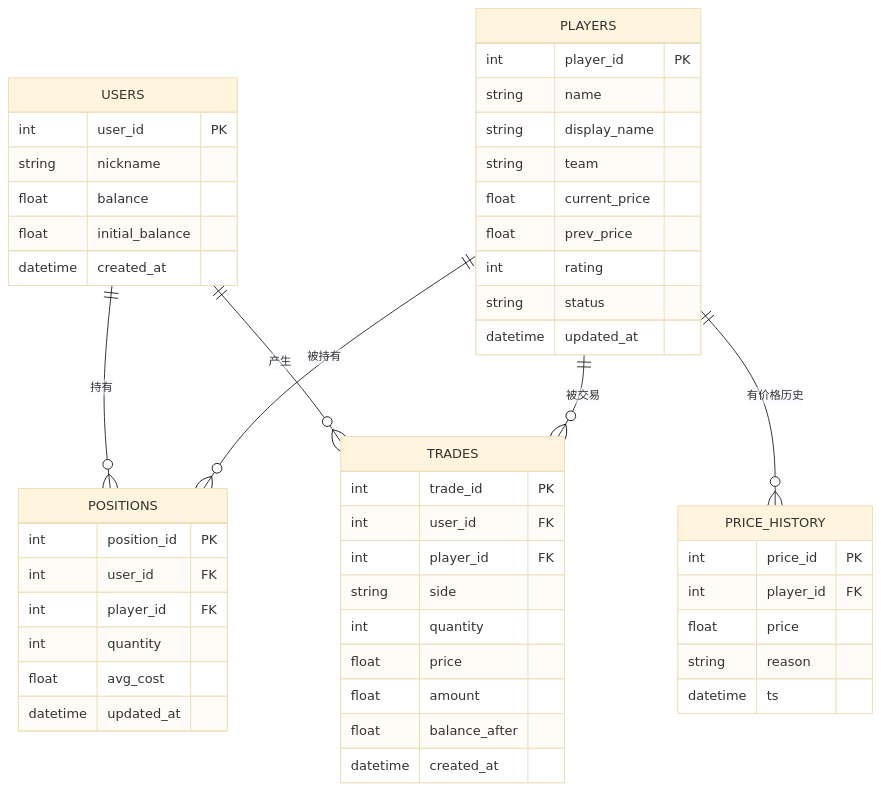
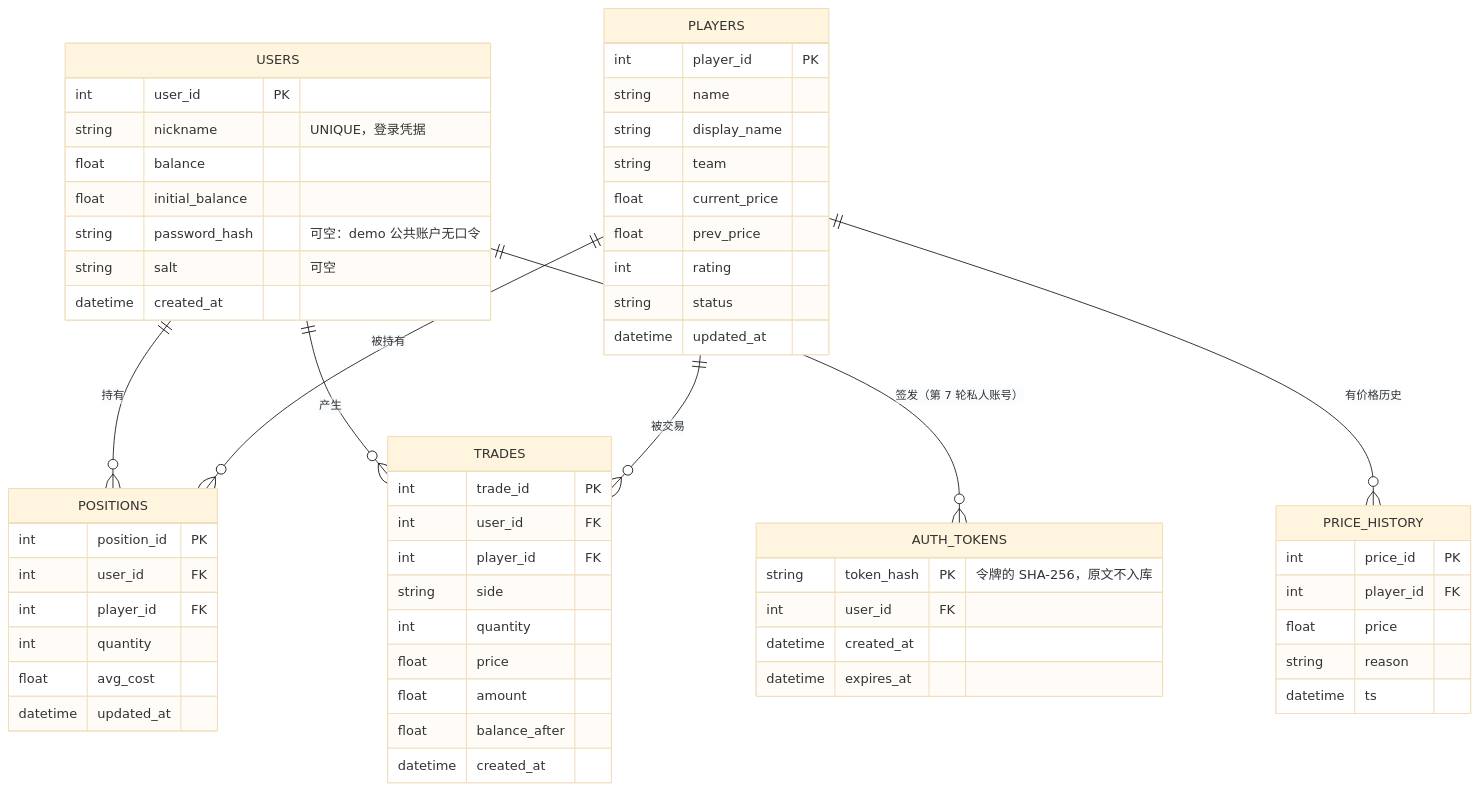
One commit to July75-bit/Innovation changed the diagram in docs/software/database_design.md. Above: the diagram before and after it, drawn with Mermaid (base theme). The commit also changed other lines of this file and 13 other files, not shown here.

First line of the commit message:
feat(auth): 后端私人账号鉴权（PBKDF2 口令 + 可撤销令牌，demo 保留为公共账户）

````diff
--- a/docs/software/database_design.md
+++ b/docs/software/database_design.md
@@ -9,53 +9,62 @@
 ```mermaid
 erDiagram
     USERS ||--o{ POSITIONS : "持有"
     USERS ||--o{ TRADES : "产生"
+    USERS ||--o{ AUTH_TOKENS : "签发（第 7 轮私人账号）"
     PLAYERS ||--o{ POSITIONS : "被持有"
     PLAYERS ||--o{ TRADES : "被交易"
     PLAYERS ||--o{ PRICE_HISTORY : "有价格历史"
 
     USERS {
         int user_id PK
-        string nickname
+        string nickname "UNIQUE，登录凭据"
         float balance
         float initial_balance
+        string password_hash "可空：demo 公共账户无口令"
+        string salt "可空"
         datetime created_at
+    }
+    AUTH_TOKENS {
+        string token_hash PK "令牌的 SHA-256，原文不入库"
+        int user_id FK
+        datetime created_at
+        datetime expires_at
     }
     PLAYERS {
         int player_id PK
         string name
         string display_name
         string team
         float current_price
         float prev_price
         int rating
         string status
         datetime updated_at
     }
     POSITIONS {
         int position_id PK
         int user_id FK
         int player_id FK
         int quantity
         float avg_cost
         datetime updated_at
     }
     TRADES {
         int trade_id PK
         int user_id FK
         int player_id FK
         string side
         int quantity
         float price
         float amount
         float balance_after
         datetime created_at
     }
     PRICE_HISTORY {
         int price_id PK
         int player_id FK
         float price
         string reason
         datetime ts
     }
 ```
````
